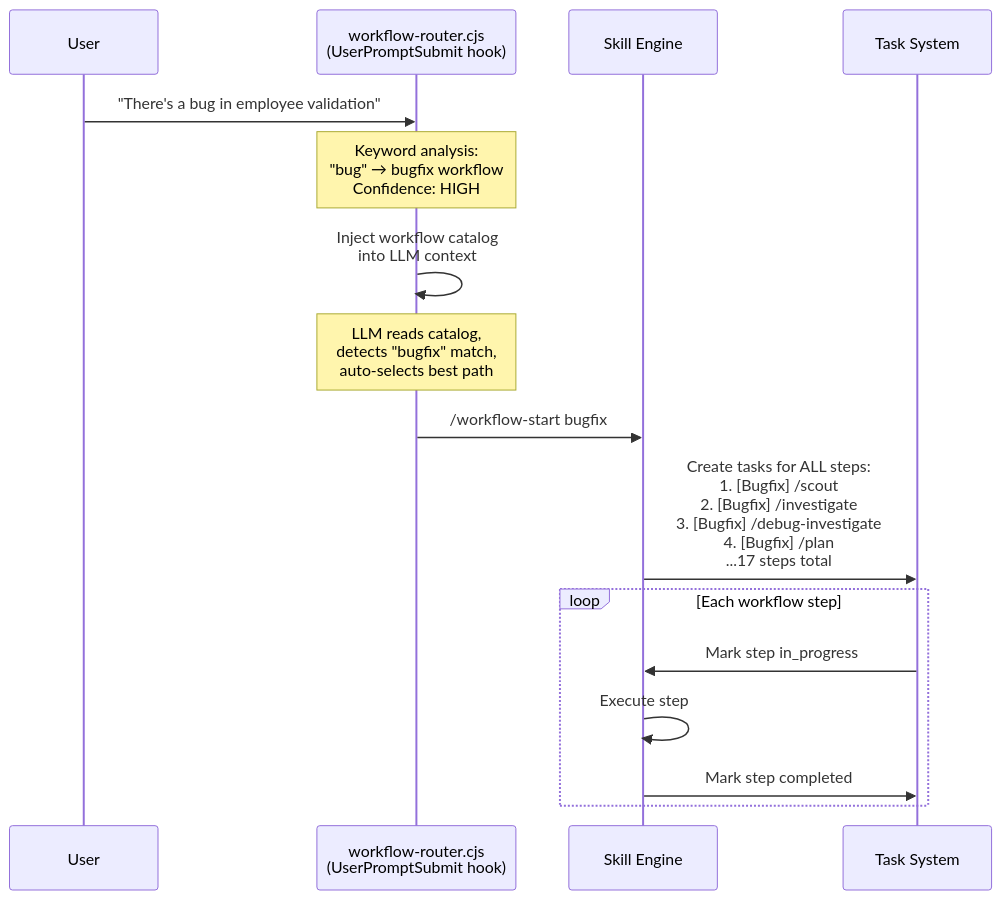
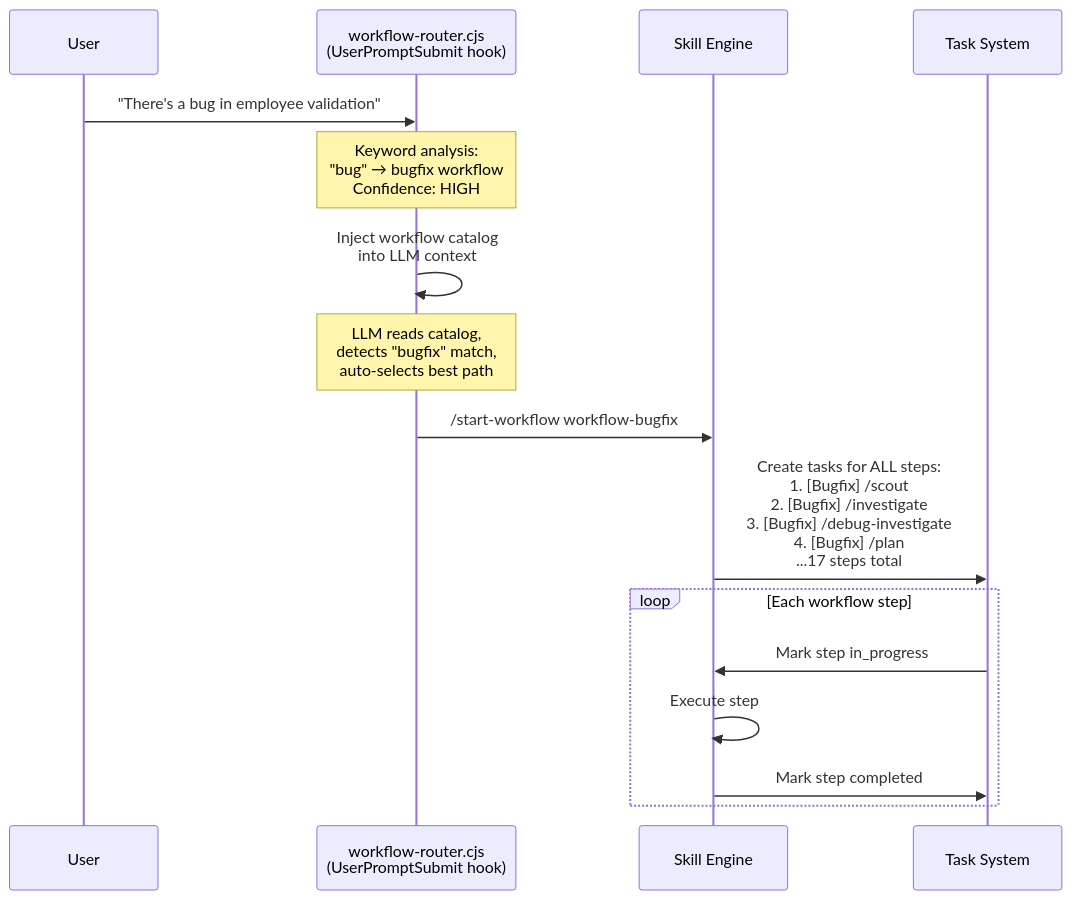
Before and after one commit to duc01226/easy-claude: the seventh of 20 diagrams in .claude/docs/claude-ai-agent-framework-guide.md, drawn with Mermaid. The commit also changed other lines of this file and 382 other files, not shown here.

````diff
--- a/.claude/docs/claude-ai-agent-framework-guide.md
+++ b/.claude/docs/claude-ai-agent-framework-guide.md
@@ -852,25 +852,25 @@
 ```mermaid
 sequenceDiagram
     participant User
     participant Router as workflow-router.cjs<br/>(UserPromptSubmit hook)
     participant Skill as Skill Engine
     participant Todo as Task System
 
     User->>Router: "There's a bug in employee validation"
 
     Note over Router: Keyword analysis:<br/>"bug" → bugfix workflow<br/>Confidence: HIGH
 
     Router->>Router: Inject workflow catalog<br/>into LLM context
 
     Note over Router: LLM reads catalog,<br/>detects "bugfix" match,<br/>auto-selects best path
 
-    Router->>Skill: /workflow-start bugfix
+    Router->>Skill: /start-workflow workflow-bugfix
 
     Skill->>Todo: Create tasks for ALL steps:<br/>1. [Bugfix] /scout<br/>2. [Bugfix] /investigate<br/>3. [Bugfix] /debug-investigate<br/>4. [Bugfix] /plan<br/>...17 steps total
 
     loop Each workflow step
         Todo->>Skill: Mark step in_progress
         Skill->>Skill: Execute step
         Skill->>Todo: Mark step completed
     end
 ```
````
